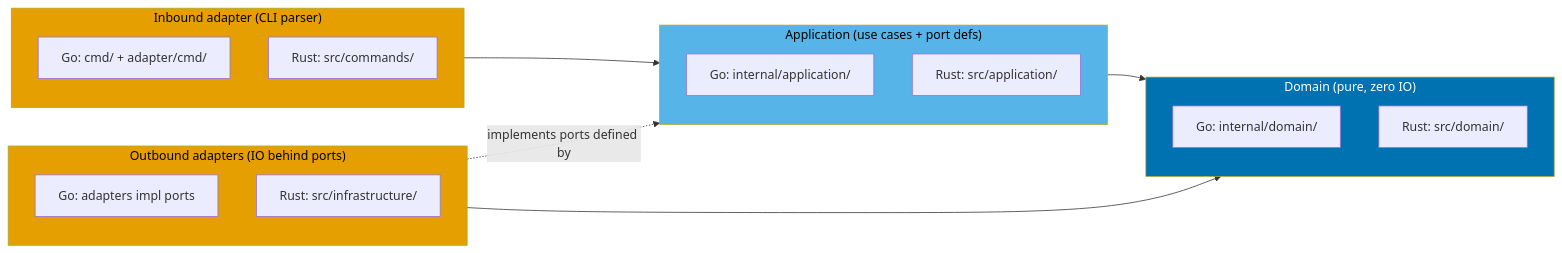
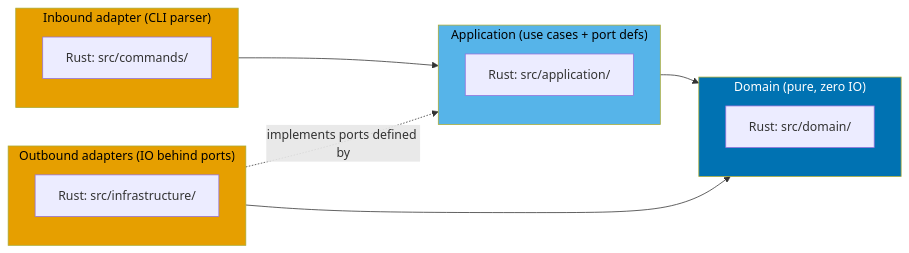
The diagram in plans/in-progress/migrate-rhino-cli-to-hexagonal/tech-docs.md (wahidyankf/ose-primer), drawn with Mermaid before and after one commit. The commit also changed other lines of this file and 409 other files, not shown here.

````diff
--- a/plans/in-progress/migrate-rhino-cli-to-hexagonal/tech-docs.md
+++ b/plans/in-progress/migrate-rhino-cli-to-hexagonal/tech-docs.md
@@ -7,29 +7,25 @@
 ```mermaid
 flowchart LR
   %% Colour-blind-friendly palette (blue / orange)
   subgraph Inbound["Inbound adapter (CLI parser)"]
-    GO_CMD["Go: cmd/ + adapter/cmd/"]
     RS_CMD["Rust: src/commands/"]
   end
   subgraph App["Application (use cases + port defs)"]
-    GO_APP["Go: internal/application/"]
     RS_APP["Rust: src/application/"]
   end
   subgraph Dom["Domain (pure, zero IO)"]
-    GO_DOM["Go: internal/domain/"]
     RS_DOM["Rust: src/domain/"]
   end
   subgraph Out["Outbound adapters (IO behind ports)"]
-    GO_OUT["Go: adapters impl ports"]
     RS_OUT["Rust: src/infrastructure/"]
   end
   Inbound --> App
   App --> Dom
   Out -. implements ports defined by .-> App
   Out --> Dom
 
   style Dom fill:#0072B2,color:#fff
   style App fill:#56B4E9,color:#000
   style Inbound fill:#E69F00,color:#000
   style Out fill:#E69F00,color:#000
 ```
````
